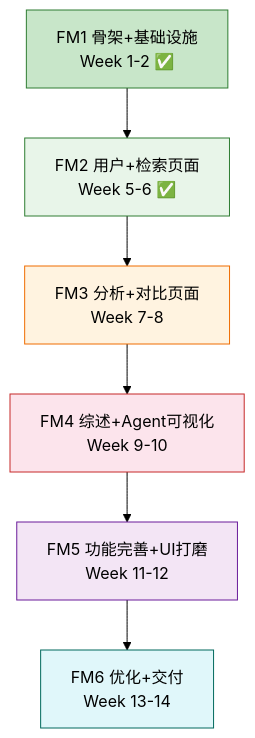
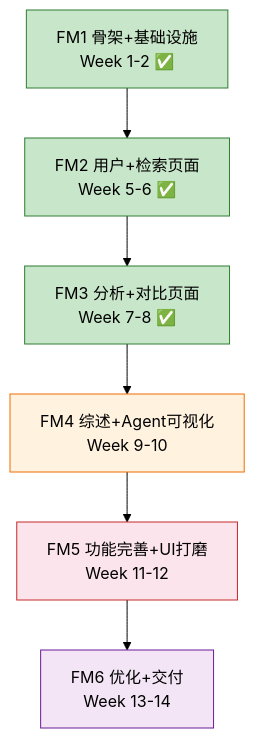
The second of 4 diagrams in docs/frontend/前端模块项目里程碑文档.md (Fsu7/Veritas-), drawn with Mermaid (forest theme) before and after one commit. The commit also changed other lines of this file and 58 other files, not shown here.

````diff
--- a/docs/frontend/前端模块项目里程碑文档.md
+++ b/docs/frontend/前端模块项目里程碑文档.md
@@ -711,22 +718,22 @@
 ```mermaid
 graph TD
     FM1["FM1 骨架+基础设施<br/>Week 1-2 ✅"]
     FM2["FM2 用户+检索页面<br/>Week 5-6 ✅"]
-    FM3["FM3 分析+对比页面<br/>Week 7-8"]
+    FM3["FM3 分析+对比页面<br/>Week 7-8 ✅"]
     FM4["FM4 综述+Agent可视化<br/>Week 9-10"]
     FM5["FM5 功能完善+UI打磨<br/>Week 11-12"]
     FM6["FM6 优化+交付<br/>Week 13-14"]
 
     FM1 --> FM2
     FM2 --> FM3
     FM3 --> FM4
     FM4 --> FM5
     FM5 --> FM6
 
     style FM1 fill:#c8e6c9,stroke:#2e7d32
-    style FM2 fill:#e8f5e9,stroke:#2e7d32
-    style FM3 fill:#fff3e0,stroke:#ef6c00
-    style FM4 fill:#fce4ec,stroke:#c62828
-    style FM5 fill:#f3e5f5,stroke:#6a1b9a
-    style FM6 fill:#e0f7fa,stroke:#00695c
+    style FM2 fill:#c8e6c9,stroke:#2e7d32
+    style FM3 fill:#c8e6c9,stroke:#2e7d32
+    style FM4 fill:#fff3e0,stroke:#ef6c00
+    style FM5 fill:#fce4ec,stroke:#c62828
+    style FM6 fill:#f3e5f5,stroke:#6a1b9a
 ```
````
